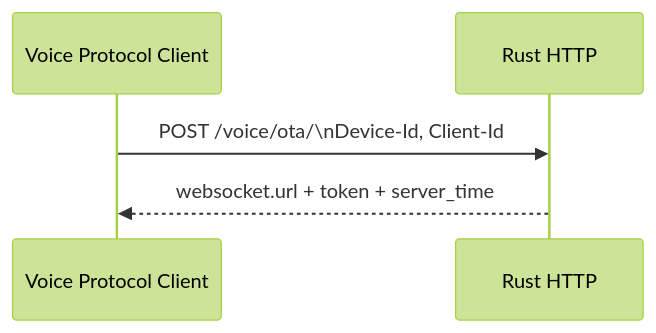
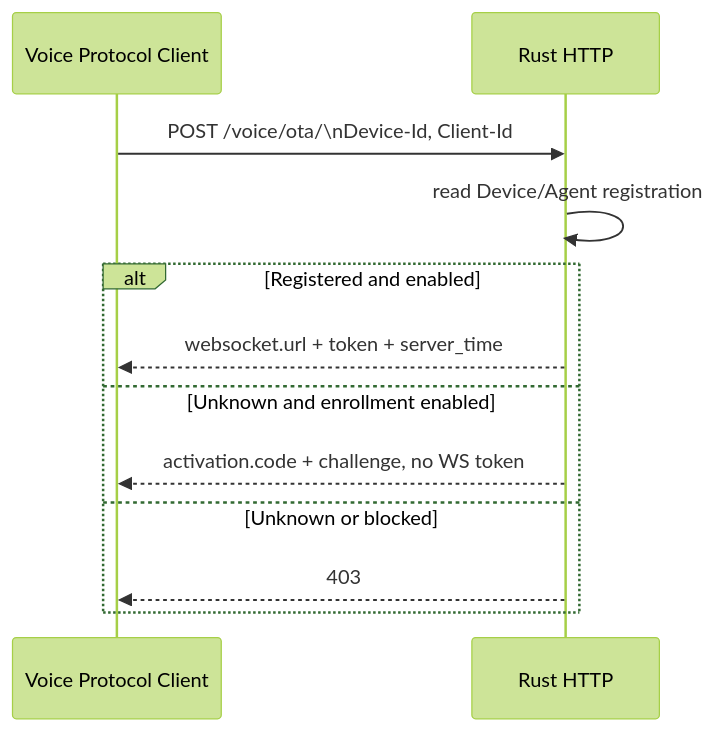
Before and after one commit to hailp-vn38/ai-agent-voice: the first of 3 diagrams in docs/flows/01-websocket.md, drawn with Mermaid (forest theme). The commit also changed other lines of this file and 40 other files, not shown here.

````diff
--- a/docs/flows/01-websocket.md
+++ b/docs/flows/01-websocket.md
@@ -9,7 +9,14 @@
 ```mermaid
 sequenceDiagram
     participant CLIENT as Voice Protocol Client
     participant HTTP as Rust HTTP
     CLIENT->>HTTP: POST /voice/ota/\nDevice-Id, Client-Id
-    HTTP-->>CLIENT: websocket.url + token + server_time
+    HTTP->>HTTP: read Device/Agent registration
+    alt Registered and enabled
+        HTTP-->>CLIENT: websocket.url + token + server_time
+    else Unknown and enrollment enabled
+        HTTP-->>CLIENT: activation.code + challenge, no WS token
+    else Unknown or blocked
+        HTTP-->>CLIENT: 403
+    end
 ```
````
